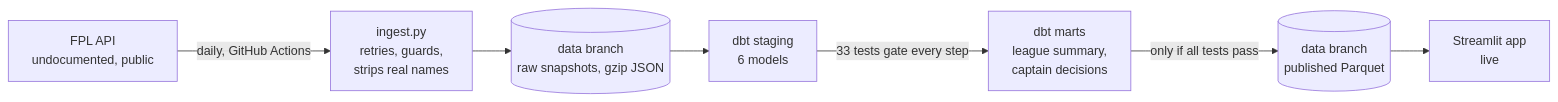
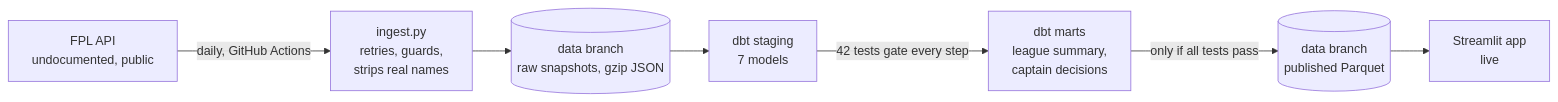
Before and after one commit to Hesh18/Fpl-Mini-League-Analysis: the diagram in README.md, drawn with Mermaid. The commit also changed other lines of this file and 8 other files, not shown here.

Commit message:
Add gameweek status and captain choice columns to the marts

````diff
--- a/README.md
+++ b/README.md
@@ -16,9 +16,9 @@
 ```mermaid
 flowchart LR
     API["FPL API<br/>undocumented, public"] -->|daily, GitHub Actions| ING["ingest.py<br/>retries, guards,<br/>strips real names"]
     ING --> RAW[("data branch<br/>raw snapshots, gzip JSON")]
-    RAW --> STG["dbt staging<br/>6 models"]
-    STG -->|33 tests gate every step| MART["dbt marts<br/>league summary,<br/>captain decisions"]
+    RAW --> STG["dbt staging<br/>7 models"]
+    STG -->|42 tests gate every step| MART["dbt marts<br/>league summary,<br/>captain decisions"]
     MART -->|only if all tests pass| PUB[("data branch<br/>published Parquet")]
     PUB --> APP["Streamlit app<br/>live"]
 ```
````
